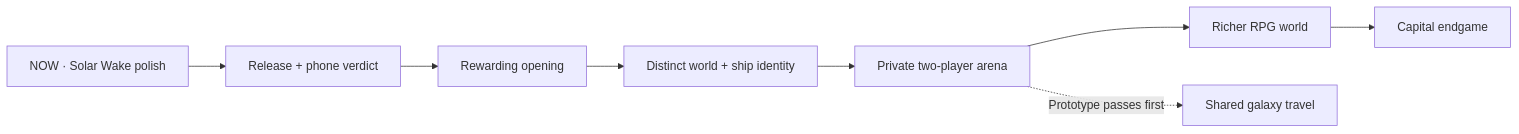
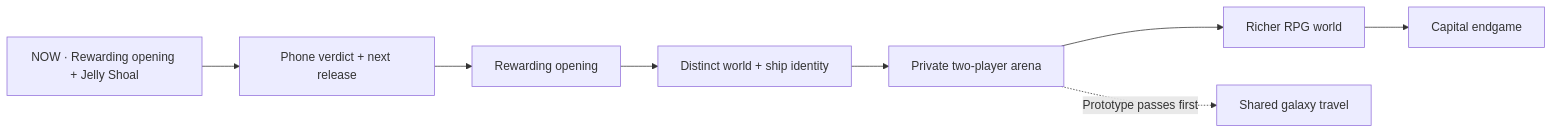
One commit to Lycheetah/black-current changed the diagram in docs/PLAN.md. Above: the diagram before and after it, drawn with Mermaid. The commit also changed other lines of this file and 32 other files, not shown here.

````diff
--- a/docs/PLAN.md
+++ b/docs/PLAN.md
@@ -25,10 +25,10 @@
 ```mermaid
 flowchart LR
-  A["NOW · Solar Wake polish"] --> B["Release + phone verdict"]
+  A["NOW · Rewarding opening + Jelly Shoal"] --> B["Phone verdict + next release"]
   B --> C["Rewarding opening"]
   C --> D["Distinct world + ship identity"]
   D --> E["Private two-player arena"]
   E --> F["Richer RPG world"]
   F --> G["Capital endgame"]
   E -. "Prototype passes first" .-> H["Shared galaxy travel"]
 ```
````
